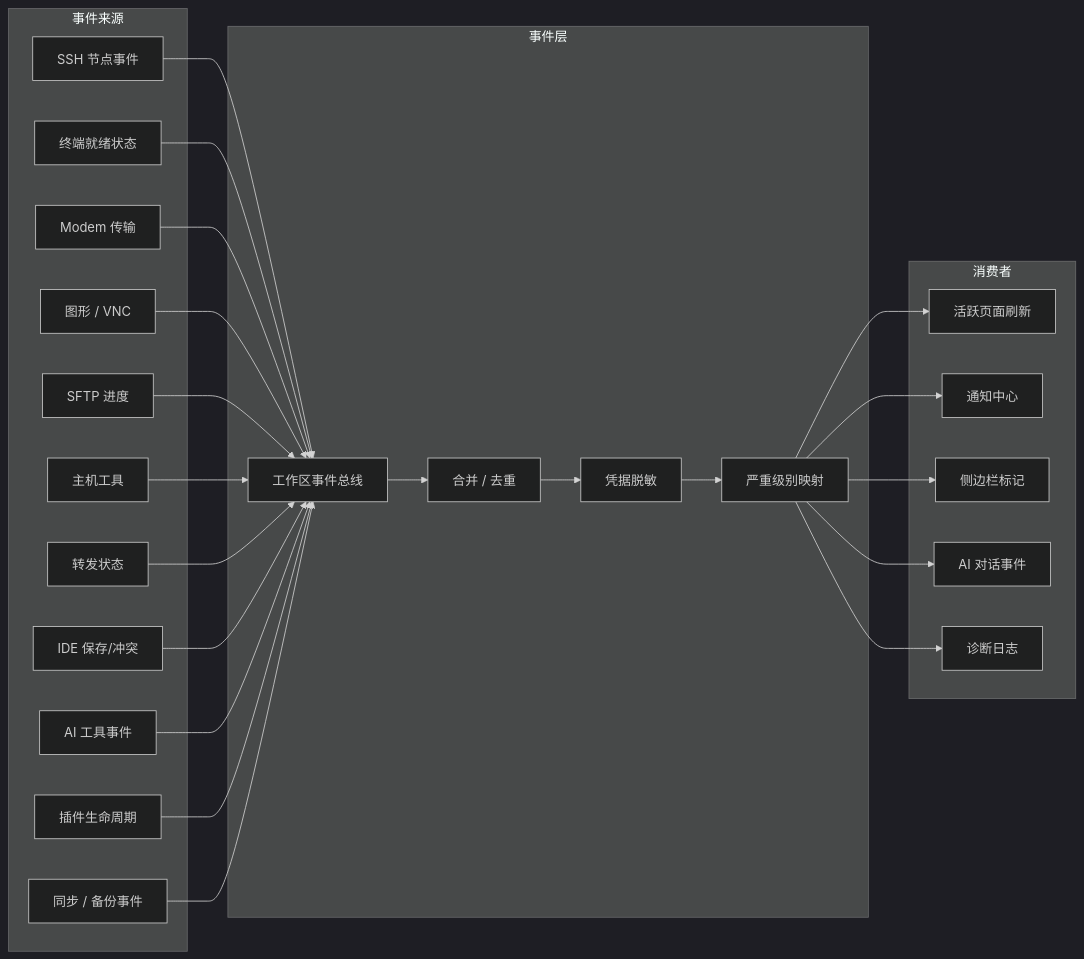
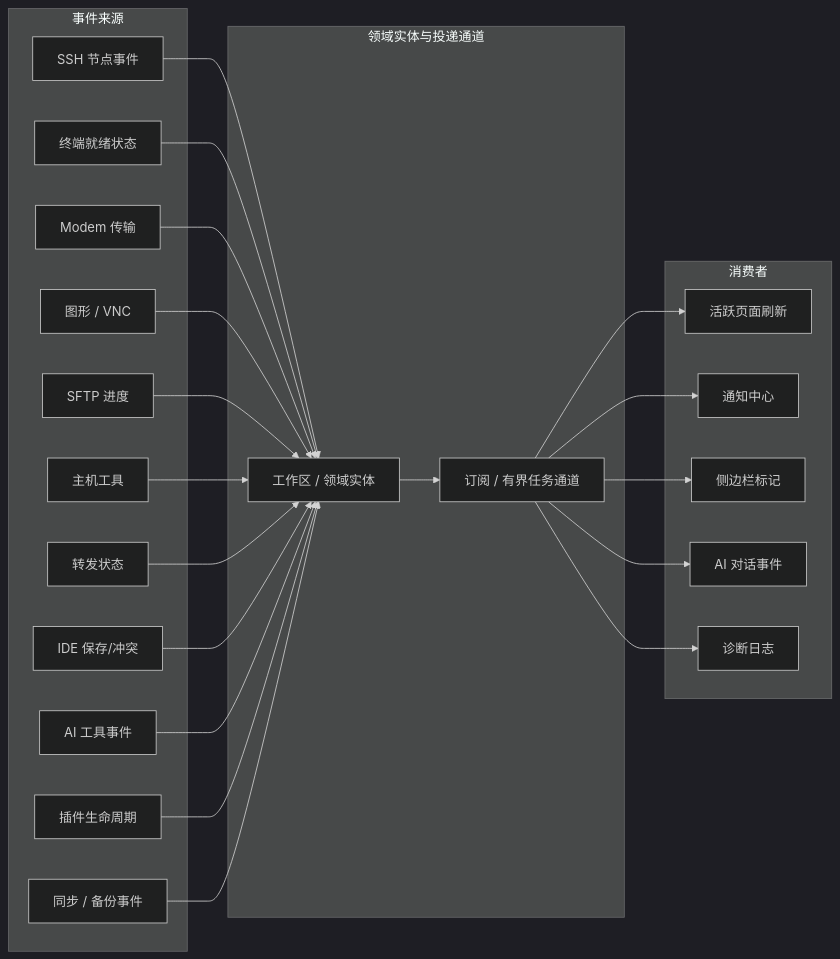
One commit to AnalyseDeCircuit/oxideterm changed diagram 15 of 15 in docs/user-guide/zh-Hans/architecture.md. Above: the diagram before and after it, drawn with Mermaid (dark theme). The commit also changed other lines of this file and 29 other files, not shown here.

First line of the commit message:
docs: sync feature and architecture docs across locales

````diff
--- a/docs/user-guide/zh-Hans/architecture.md
+++ b/docs/user-guide/zh-Hans/architecture.md
@@ -1638,49 +1683,47 @@
 ```mermaid
 flowchart LR
     subgraph Sources["事件来源"]
         SSH["SSH 节点事件"]
         Term["终端就绪状态"]
         Modem["Modem 传输"]
         Graphics["图形 / VNC"]
         SFTP["SFTP 进度"]
         HostTools["主机工具"]
         Forward["转发状态"]
         IDE["IDE 保存/冲突"]
         AI["AI 工具事件"]
         Plugin["插件生命周期"]
         Sync["同步 / 备份事件"]
     end
 
-    subgraph EventLayer["事件层"]
-        Bus["工作区事件总线"]
-        Coalesce["合并 / 去重"]
-        Redact["凭据脱敏"]
-        Severity["严重级别映射"]
+    subgraph EntityLayer["领域实体与投递通道"]
+        RuntimeEntities["工作区 / 领域实体"]
+        Delivery["订阅 / 有界任务通道"]
     end
 
     subgraph Consumers["消费者"]
         ActiveSurface["活跃页面刷新"]
         Notifications["通知中心"]
         Badges["侧边栏标记"]
         Transcript["AI 对话事件"]
         Logs["诊断日志"]
     end
 
-    SSH --> Bus
-    Term --> Bus
-    Modem --> Bus
-    Graphics --> Bus
-    SFTP --> Bus
-    HostTools --> Bus
-    Forward --> Bus
-    IDE --> Bus
-    AI --> Bus
-    Plugin --> Bus
-    Sync --> Bus
-    Bus --> Coalesce --> Redact --> Severity
-    Severity --> ActiveSurface
-    Severity --> Notifications
-    Severity --> Badges
-    Severity --> Transcript
-    Severity --> Logs
+    SSH --> RuntimeEntities
+    Term --> RuntimeEntities
+    Modem --> RuntimeEntities
+    Graphics --> RuntimeEntities
+    SFTP --> RuntimeEntities
+    HostTools --> RuntimeEntities
+    Forward --> RuntimeEntities
+    IDE --> RuntimeEntities
+    AI --> RuntimeEntities
+    Plugin --> RuntimeEntities
+    Sync --> RuntimeEntities
+    RuntimeEntities --> Delivery
+    Delivery --> ActiveSurface
+    Delivery --> Notifications
+    Delivery --> Badges
+    Delivery --> Transcript
+    Delivery --> Logs
 ```
````
